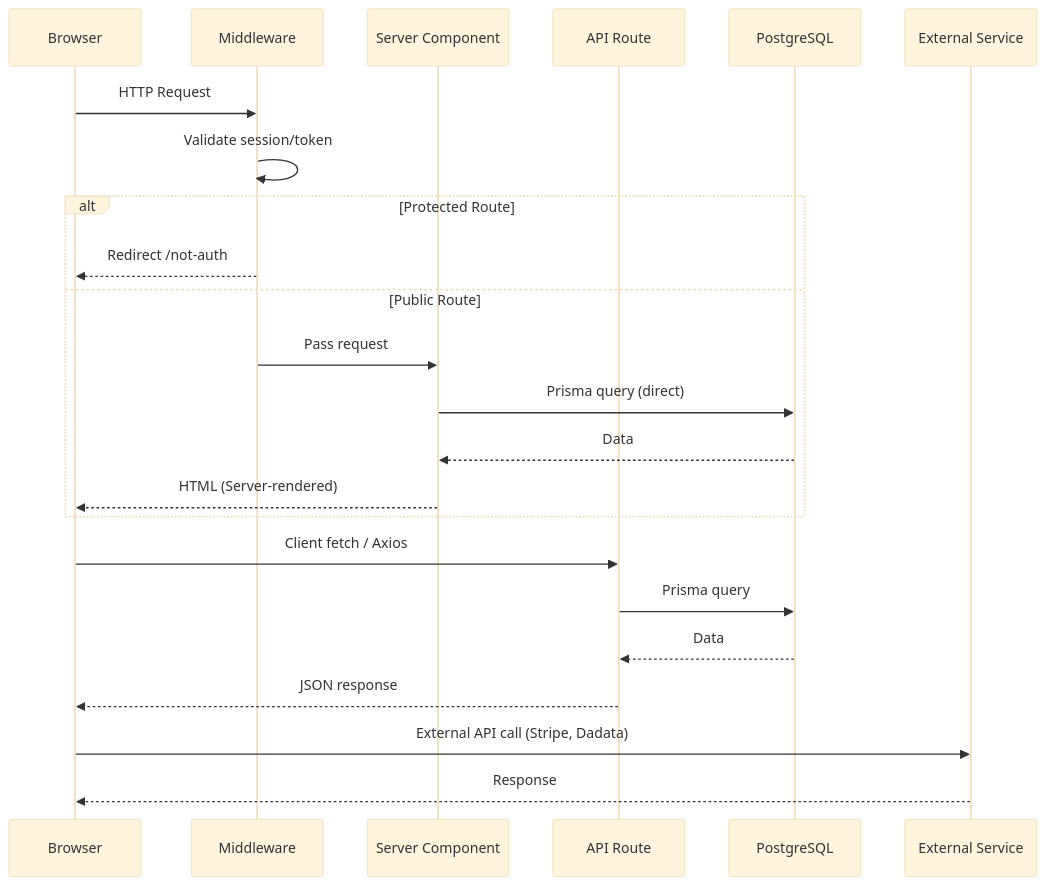
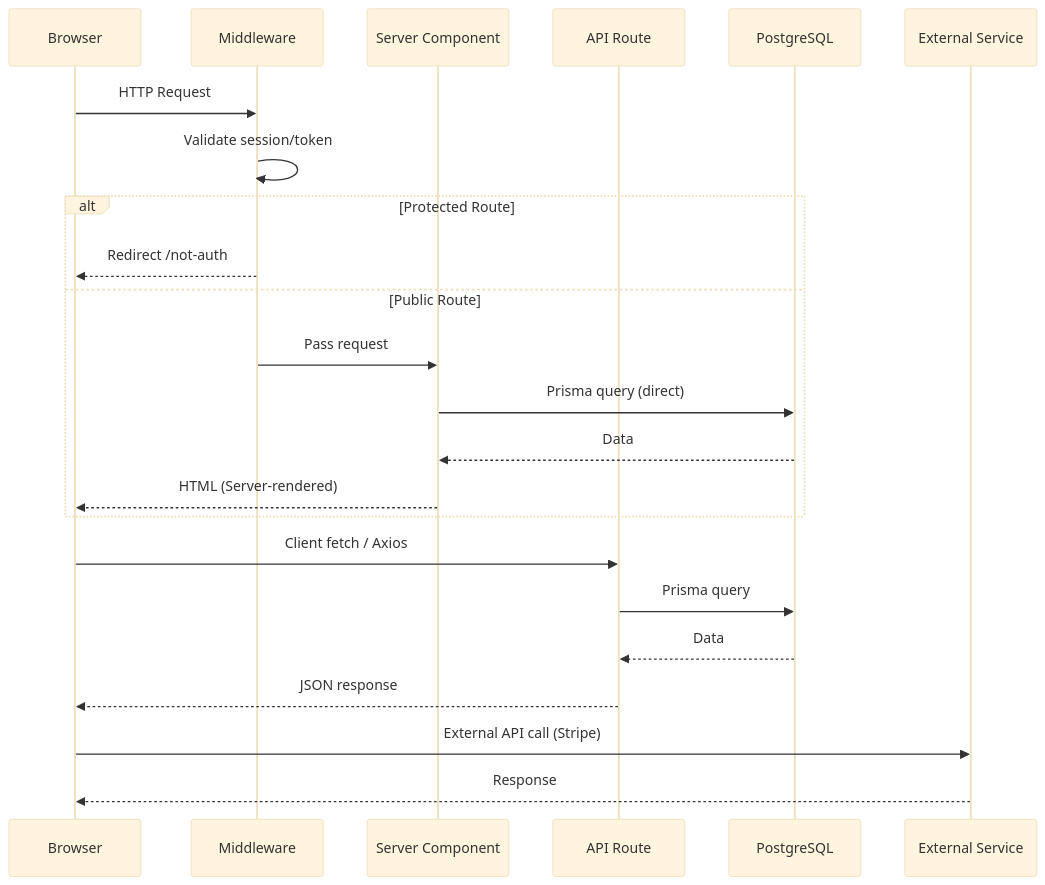
One commit to test-cafe/plaiwright-ts changed the second of 15 diagrams in DOCUMENTATION.md. Above: the diagram before and after it, drawn with Mermaid (base theme). The commit also changed other lines of this file and 1 other file, not shown here.

First line of the commit message:
docs: correct NextAuth version and drop nonexistent Dadata integration

````diff
--- a/DOCUMENTATION.md
+++ b/DOCUMENTATION.md
@@ -99,28 +97,28 @@
 ```mermaid
 sequenceDiagram
     participant B as Browser
     participant M as Middleware
     participant RSC as Server Component
     participant API as API Route
     participant DB as PostgreSQL
     participant Ext as External Service
 
     B->>M: HTTP Request
     M->>M: Validate session/token
     alt Protected Route
         M-->>B: Redirect /not-auth
     else Public Route
         M->>RSC: Pass request
         RSC->>DB: Prisma query (direct)
         DB-->>RSC: Data
         RSC-->>B: HTML (Server-rendered)
     end
 
     B->>API: Client fetch / Axios
     API->>DB: Prisma query
     DB-->>API: Data
     API-->>B: JSON response
 
-    B->>Ext: External API call (Stripe, Dadata)
+    B->>Ext: External API call (Stripe)
     Ext-->>B: Response
 ```
````
